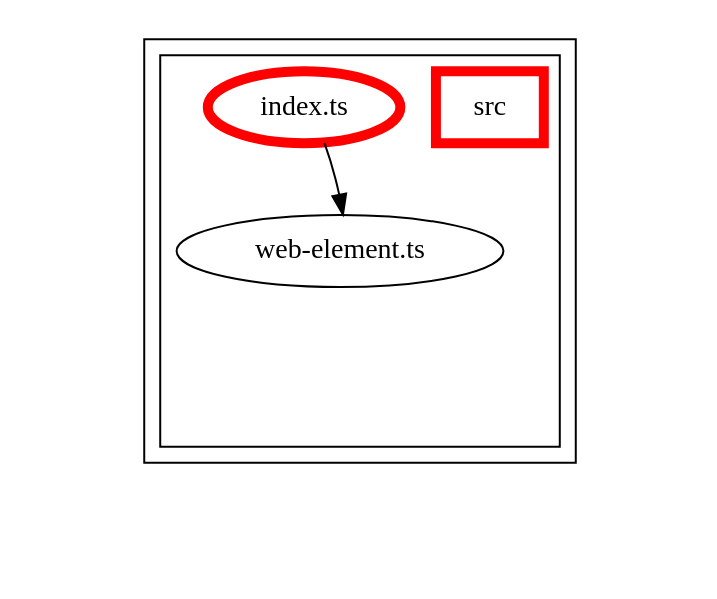
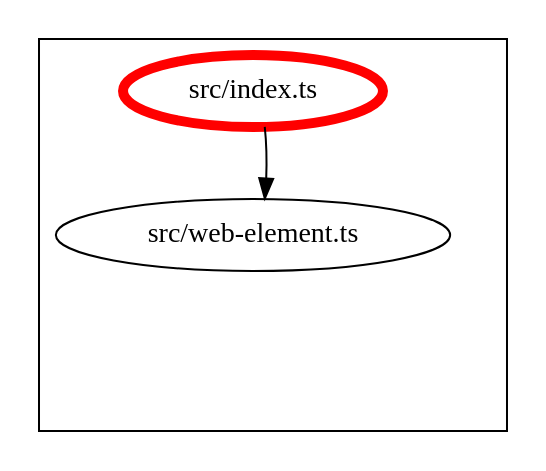
One commit to Siteimprove/alfa-integrations changed the diagram in packages/alfa-webdriver/docs/dependency-graph.dot. Above: the diagram before and after it, drawn with Graphviz. The commit also changed 88 other files, not shown here.

```diff
--- a/packages/alfa-webdriver/docs/dependency-graph.dot
+++ b/packages/alfa-webdriver/docs/dependency-graph.dot
@@ -1,65 +1,32 @@
-digraph "dependency-graph-[object Object]" {
+digraph "dependency-graph-@siteimprove/alfa-webdriver" {
   compound = true;
-  "dependency-graph-[object Object]" [
-    style = "invis";
-  ];
   "src/web-element.ts";
   subgraph "cluster_src" {
     color = "#000000";
     label = "";
-    "name_src" [
+    "src/index.ts" [
+      label = "src/index.ts";
+      color = "#ff0000";
       penwidth = 5;
-      shape = "rectangle";
-      color = "#ff0000";
-      label = "src";
     ];
     "exit_src" [
       style = "invis";
     ];
-    subgraph "cluster_src" {
-      color = "#000000";
-      label = "";
-      "name_src" [
-        penwidth = 5;
-        shape = "rectangle";
-        color = "#ff0000";
-        label = "src";
-      ];
-      "exit_src" [
-        style = "invis";
-      ];
-      "src/index.ts" [
-        label = "index.ts";
-        color = "#ff0000";
-        penwidth = 5;
-      ];
-      "src/web-element.ts" [
-        label = "web-element.ts";
-      ];
-      "src/index.ts" -> "exit_src" [
-        style = "invis";
-      ];
-      "src/web-element.ts" -> "exit_src" [
-        style = "invis";
-      ];
-    }
-    "exit_src" -> "exit_src" [
+    "src/web-element.ts" [
+      label = "src/web-element.ts";
+    ];
+    "src/index.ts" -> "exit_src" [
       style = "invis";
     ];
-    "exit_src" -> "exit_src" [
+    "src/web-element.ts" -> "exit_src" [
       style = "invis";
     ];
   }
-  "exit_src" -> "dependency-graph-[object Object]" [
-    style = "invis";
-  ];
   "src/index.ts" -> "src/web-element.ts" [
     style = "invis";
   ];
   "src/index.ts" -> "src/web-element.ts" [
     style = "solid";
-    ltail = "cluster_src/index.ts";
-    lhead = "cluster_src/web-element.ts";
     color = "black";
   ];
 }
```
